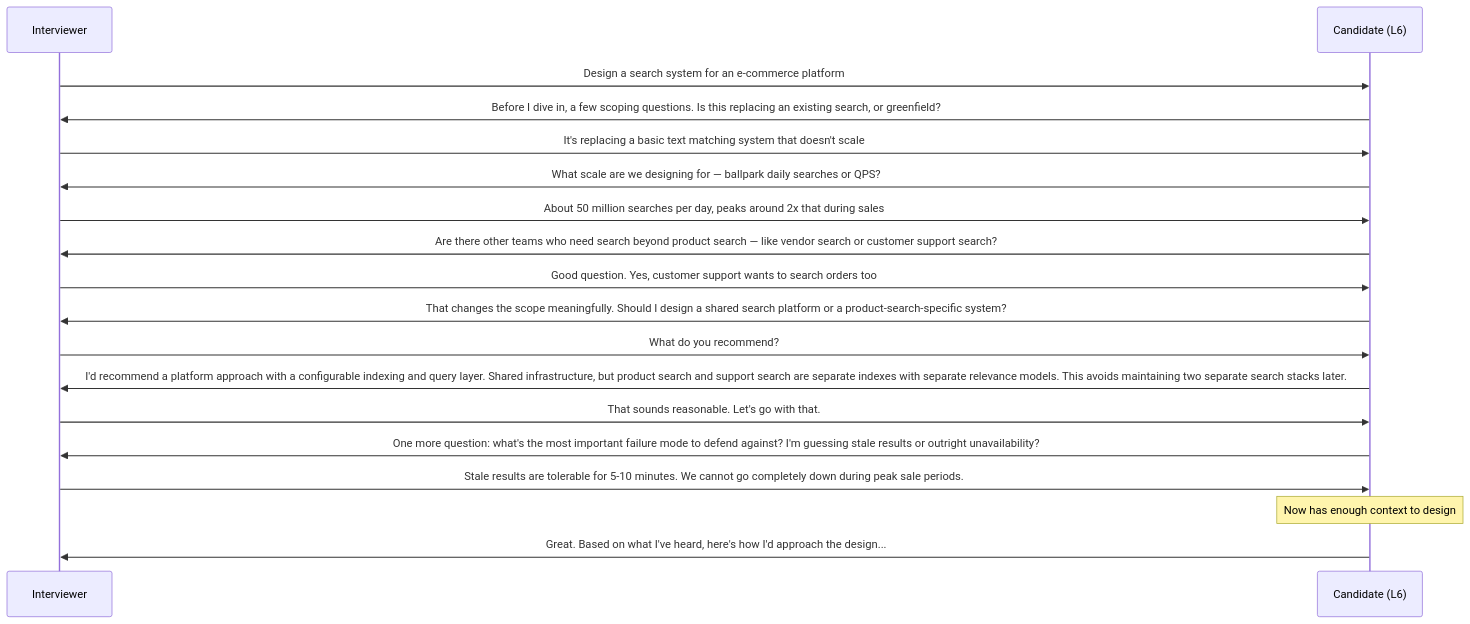
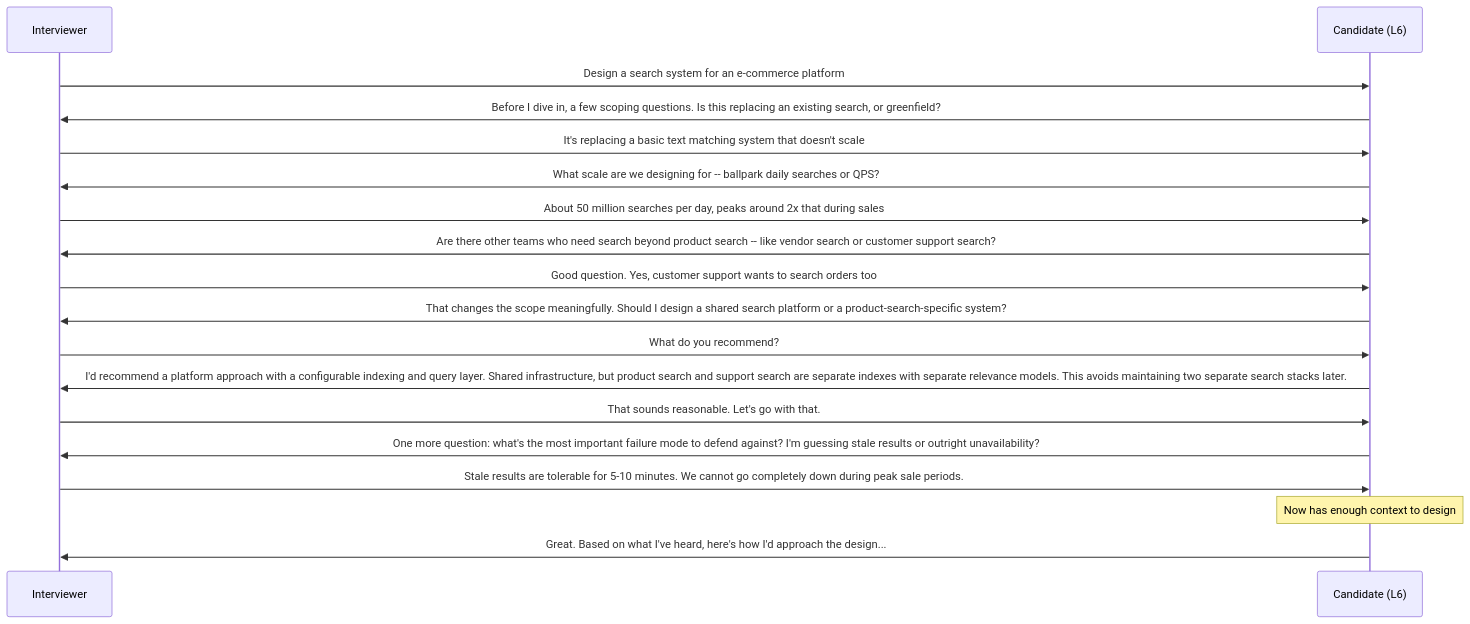
The ninth of 19 diagrams in Section1/Chapter_8_Scope_Impact_and_Ownership.md (ranjeetnegi/System-Design-for-Staff-SWE), drawn with Mermaid before and after one commit. The commit also changed other lines of this file and 11 other files, not shown here.

````diff
--- a/Section1/Chapter_8_Scope_Impact_and_Ownership.md
+++ b/Section1/Chapter_8_Scope_Impact_and_Ownership.md
@@ -1406,28 +1406,28 @@
 ```mermaid
 sequenceDiagram
     participant I as Interviewer
     participant C as Candidate (L6)
     
     I->>C: Design a search system for an e-commerce platform
     
     C->>I: Before I dive in, a few scoping questions. Is this replacing an existing search, or greenfield?
     I->>C: It's replacing a basic text matching system that doesn't scale
     
-    C->>I: What scale are we designing for — ballpark daily searches or QPS?
+    C->>I: What scale are we designing for -- ballpark daily searches or QPS?
     I->>C: About 50 million searches per day, peaks around 2x that during sales
     
-    C->>I: Are there other teams who need search beyond product search — like vendor search or customer support search?
+    C->>I: Are there other teams who need search beyond product search -- like vendor search or customer support search?
     I->>C: Good question. Yes, customer support wants to search orders too
     
     C->>I: That changes the scope meaningfully. Should I design a shared search platform or a product-search-specific system?
     I->>C: What do you recommend?
     
     C->>I: I'd recommend a platform approach with a configurable indexing and query layer. Shared infrastructure, but product search and support search are separate indexes with separate relevance models. This avoids maintaining two separate search stacks later.
     I->>C: That sounds reasonable. Let's go with that.
     
     C->>I: One more question: what's the most important failure mode to defend against? I'm guessing stale results or outright unavailability?
     I->>C: Stale results are tolerable for 5-10 minutes. We cannot go completely down during peak sale periods.
     
     Note over C: Now has enough context to design
     C->>I: Great. Based on what I've heard, here's how I'd approach the design...
 ```
````
